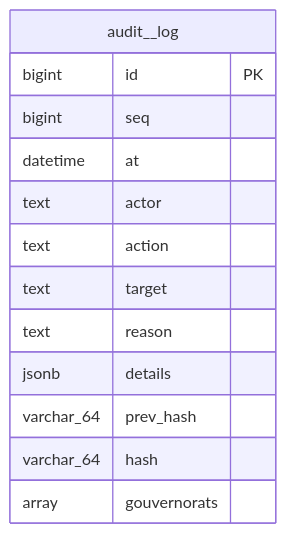
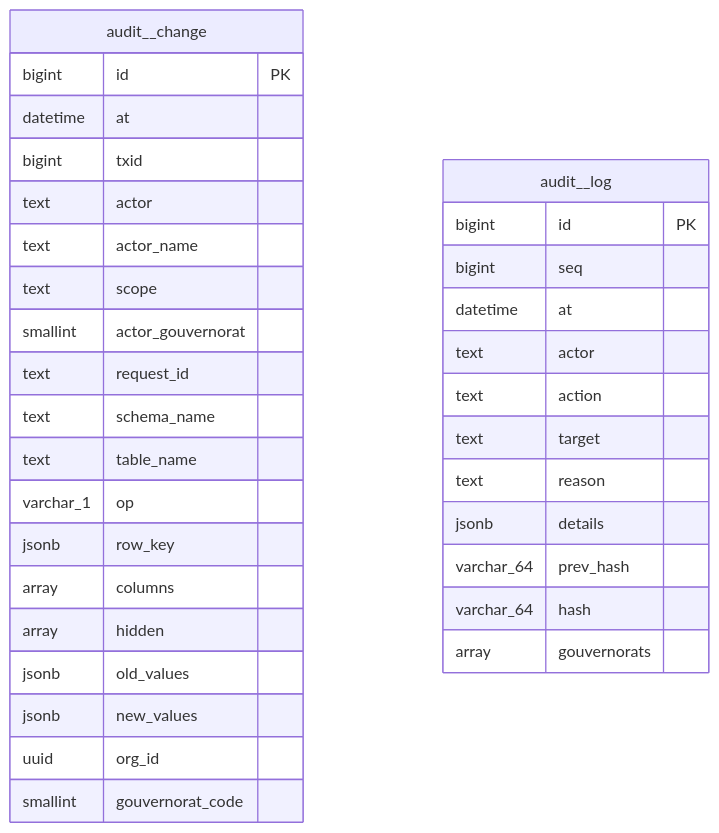
One commit to mouhabouk/E-HIMAYA changed the fourth of 35 diagrams in docs/erd.md. Above: the diagram before and after it, drawn with Mermaid. The commit also changed 1 other file, not shown here.

Commit message:
CI: regenerate the ERD; the theme check asks for the sign-in page with PKCE, as the account console requires
Claude-Session: https://claude.ai/code/session_01YXNguvwEEX71CvSDuXmPzB

````diff
--- a/docs/erd.md
+++ b/docs/erd.md
@@ -234,16 +234,36 @@
 ```mermaid
 erDiagram
+    audit__change {
+        bigint id PK
+        datetime at
+        bigint txid
+        text actor
+        text actor_name
+        text scope
+        smallint actor_gouvernorat
+        text request_id
+        text schema_name
+        text table_name
+        varchar_1 op
+        jsonb row_key
+        array columns
+        array hidden
+        jsonb old_values
+        jsonb new_values
+        uuid org_id
+        smallint gouvernorat_code
+    }
     audit__log {
         bigint id PK
         bigint seq
         datetime at
         text actor
         text action
         text target
         text reason
         jsonb details
         varchar_64 prev_hash
         varchar_64 hash
         array gouvernorats
     }
 ```
````
